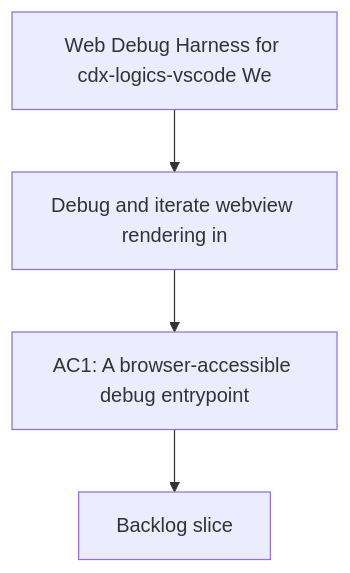
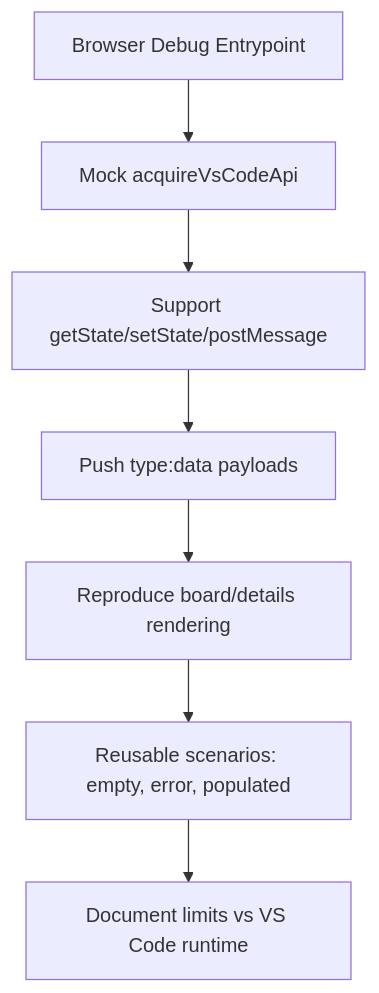
Before and after one commit to AlexAgo83/logics-manager: the diagram in logics/request/req_008_web_debug_harness_for_cdx_logics_vscode_webview_rendering.md, drawn with Mermaid. The commit also changed other lines of this file and 54 other files, not shown here.

````diff
--- a/logics/request/req_008_web_debug_harness_for_cdx_logics_vscode_webview_rendering.md
+++ b/logics/request/req_008_web_debug_harness_for_cdx_logics_vscode_webview_rendering.md
@@ -10,8 +10,11 @@
 ```mermaid
 %% logics-kind: request
 %% logics-signature: request|web-debug-harness-for-cdx-logics-vscode-|debug-and-iterate-webview-rendering-in|ac1-a-browser-accessible-debug-entrypoin
 flowchart TD
-    Trigger[Web Debug Harness for cdx-logics-vscode We] --> Need[Debug and iterate webview rendering in]
-    Need --> Outcome[AC1: A browser-accessible debug entrypoint]
-    Outcome --> Backlog[Backlog slice]
+  A[Browser Debug Entrypoint] --> B[Mock acquireVsCodeApi]
+  B --> C[Support getState/setState/postMessage]
+  C --> D[Push type:data payloads]
+  D --> E[Reproduce board/details rendering]
+  E --> F[Reusable scenarios: empty, error, populated]
+  F --> G[Document limits vs VS Code runtime]
 ```
````
